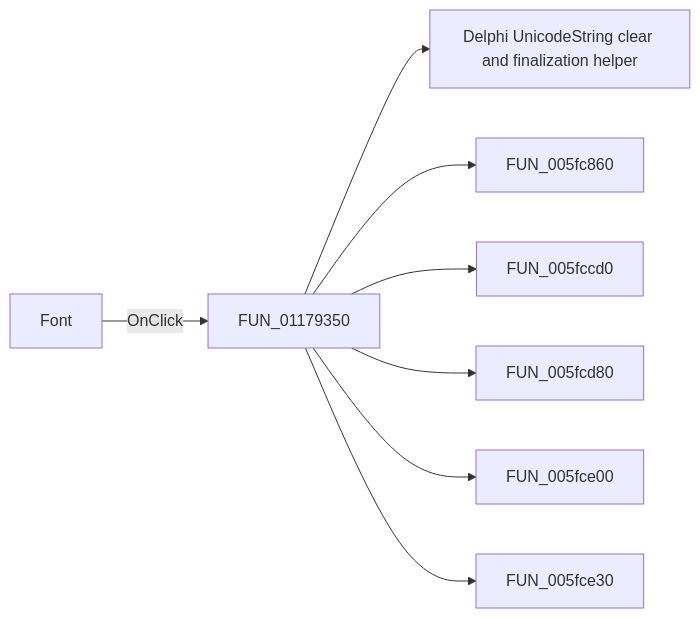
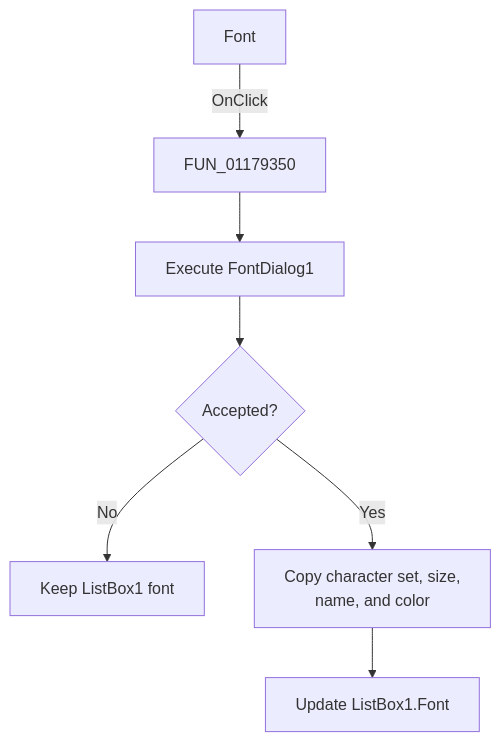
The diagram in docs/ui-controls/response-form1/fonttype1-7c92b28176.md (MovGP0/TIARA), drawn with Mermaid before and after one commit. The commit also changed other lines of this file and 1062 other files, not shown here.

````diff
--- a/docs/ui-controls/response-form1/fonttype1-7c92b28176.md
+++ b/docs/ui-controls/response-form1/fonttype1-7c92b28176.md
@@ -27,10 +27,9 @@
 ```mermaid
-flowchart LR
+flowchart TD
     control["Font"] -->|OnClick| handler["FUN_01179350"]
-    handler --> call1["Delphi UnicodeString clear and finalization helper"]
-    handler --> call2["FUN_005fc860"]
-    handler --> call3["FUN_005fccd0"]
-    handler --> call4["FUN_005fcd80"]
-    handler --> call5["FUN_005fce00"]
-    handler --> call6["FUN_005fce30"]
+    handler --> dialog["Execute FontDialog1"]
+    dialog --> accepted{"Accepted?"}
+    accepted -->|No| keep["Keep ListBox1 font"]
+    accepted -->|Yes| copy["Copy character set, size,<br/>name, and color"]
+    copy --> target["Update ListBox1.Font"]
 ```
````
